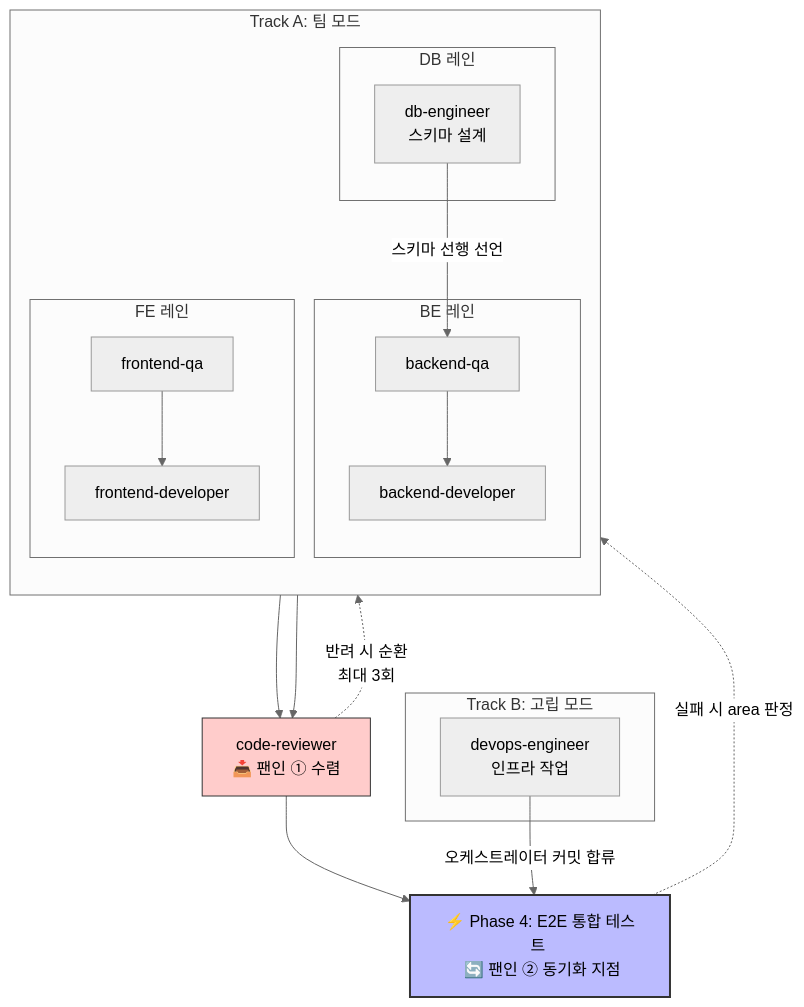
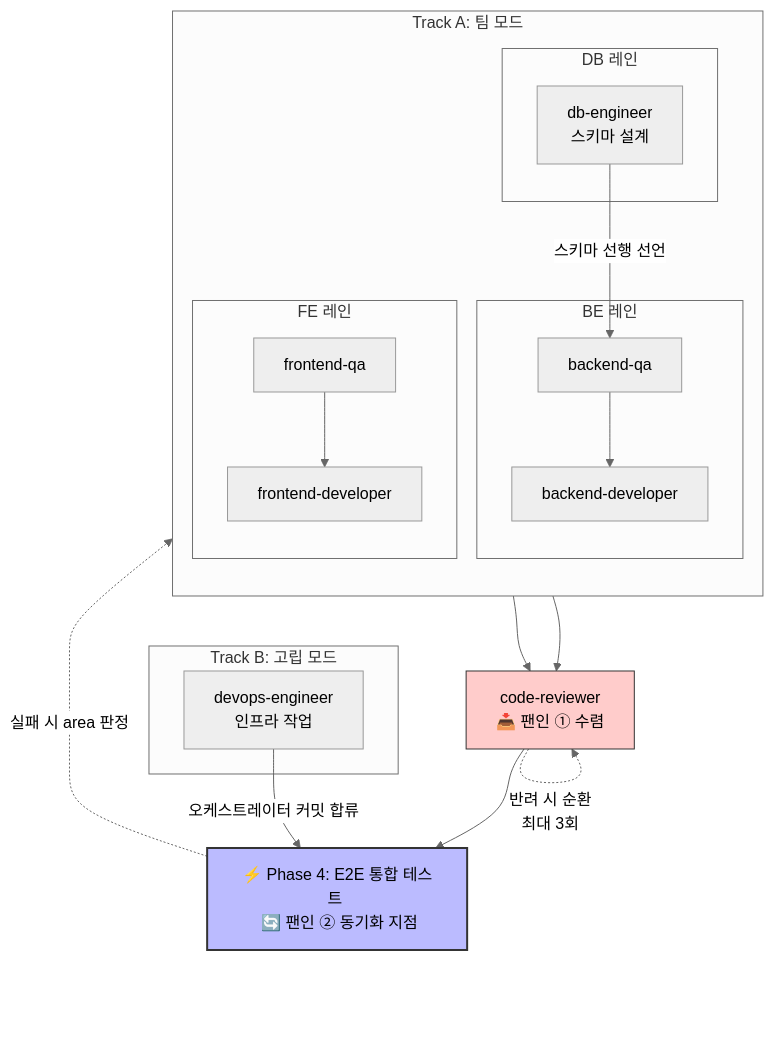
Before and after one commit to nyj001012/web-sdlc-harness: the second of 2 diagrams in README.md, drawn with Mermaid.

Commit message:
docs(readme): Phase 3 다이어그램 반려 루프 라벨이 code-reviewer 노드에 가리는 문제를 고친다
CR -.-> Track_A로 다이어그램 전체를 가로질러 돌아가던 반려 화살표를
CR 자기 자신을 가리키는 짧은 셀프 루프로 바꿨다. 긴 되돌이 화살표가
CR 노드 바로 위로 지나가면서 라벨이 노드에 가려지던 문제라, 루프
자체를 짧게 만들어 겹칠 공간을 없앴다. "어디로 되돌아가는지"는
바로 아래 팬인 ① 설명 문단이 이미 다루므로 다이어그램에서는 "반려
루프가 있다"는 사실만 남겨도 정보 손실이 없다.
겸사겸사 rankSpacing을 넓혀 나머지 화살표들도 여유를 줬다.

````diff
--- a/README.md
+++ b/README.md
@@ -200,37 +200,37 @@
 ```mermaid
-%%{init: {'theme': 'neutral', 'config': {'useMaxWidth': true}}}%%
+%%{init: {'theme': 'neutral', 'flowchart': {'rankSpacing': 70, 'nodeSpacing': 40}, 'config': {'useMaxWidth': true}}}%%
 graph TD
     subgraph Track_A [Track A: 팀 모드]
         direction TB
         subgraph DB [DB 레인]
             db[db-engineer <br> 스키마 설계]
         end
         subgraph BE [BE 레인]
             be_qa[backend-qa] --> be_dev[backend-developer]
         end
         subgraph FE [FE 레인]
             fe_qa[frontend-qa] --> fe_dev[frontend-developer]
         end
         
         db -->|스키마 선행 선언| be_qa
     end
 
     subgraph Track_B [Track B: 고립 모드]
         devops[devops-engineer <br> 인프라 작업]
     end
 
     %% 수렴 및 리뷰 루프
     fe_dev --> CR[code-reviewer <br> 📥 팬인 ① 수렴]
     be_dev --> CR
-    CR -.->|반려 시 순환 <br> 최대 3회| Track_A
+    CR -.->|반려 시 순환<br>최대 3회| CR
 
     %% 최종 합류 (Phase 4)
     CR --> P4[⚡ Phase 4: E2E 통합 테스트 <br> 🔄 팬인 ② 동기화 지점]
     devops -->|오케스트레이터 커밋 합류| P4
 
     %% 실패 시 복구
     P4 -.->|실패 시 area 판정| Track_A
 
     style CR fill:#ffcccb,stroke:#333
     style P4 fill:#bbf,stroke:#333,stroke-width:2px
 ```
````
